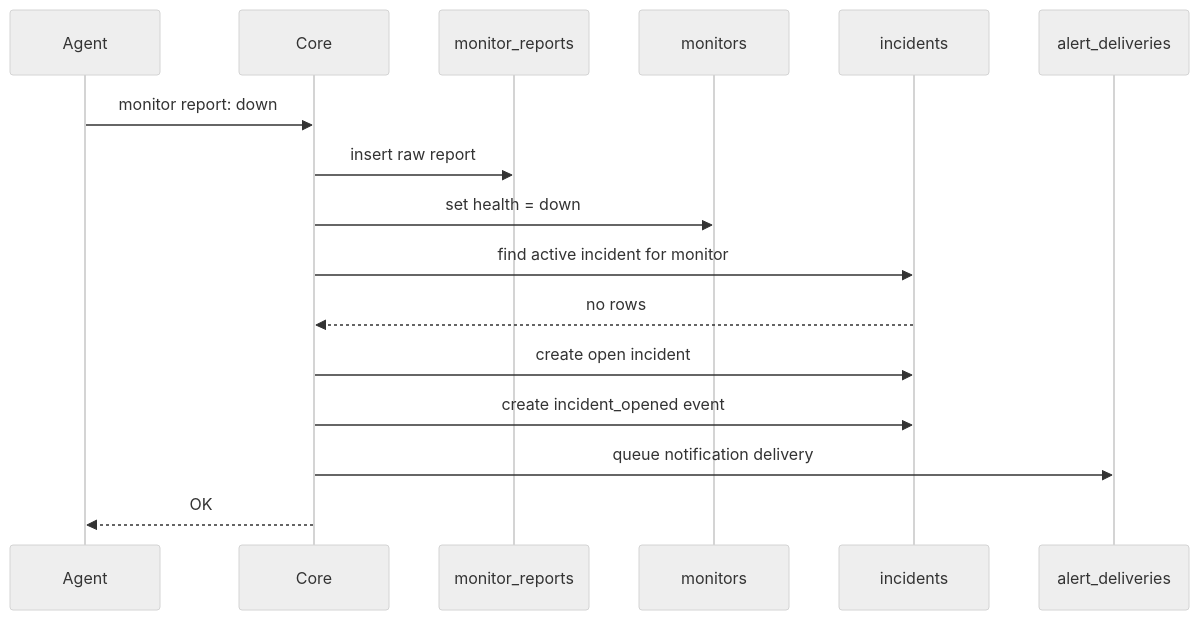
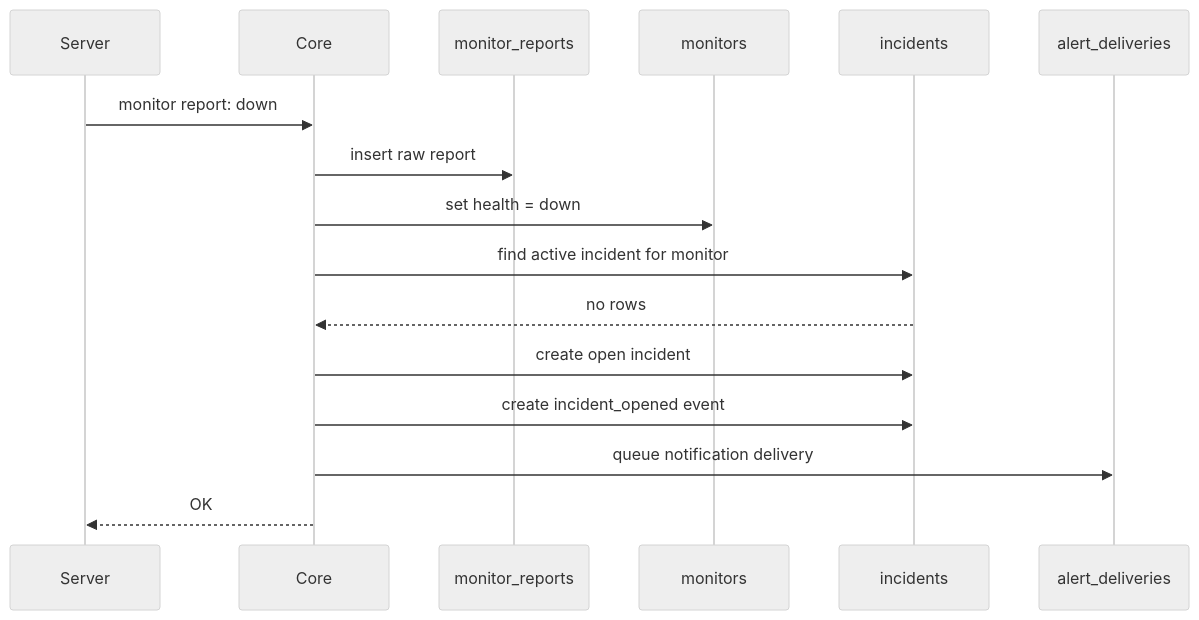
One commit to sunday-studio/orion changed the fifth of 9 diagrams in docs/architecture/incident-reconciliation-flow.md. Above: the diagram before and after it, drawn with Mermaid (neutral theme). The commit also changed other lines of this file and 223 other files, not shown here.

````diff
--- a/docs/architecture/incident-reconciliation-flow.md
+++ b/docs/architecture/incident-reconciliation-flow.md
@@ -95,19 +95,19 @@
 ```mermaid
 sequenceDiagram
-  participant Agent
+  participant Server
   participant Core
   participant Reports as monitor_reports
   participant Monitors as monitors
   participant Incidents as incidents
   participant Alerts as alert_deliveries
 
-  Agent->>Core: monitor report: down
+  Server->>Core: monitor report: down
   Core->>Reports: insert raw report
   Core->>Monitors: set health = down
   Core->>Incidents: find active incident for monitor
   Incidents-->>Core: no rows
   Core->>Incidents: create open incident
   Core->>Incidents: create incident_opened event
   Core->>Alerts: queue notification delivery
-  Core-->>Agent: OK
+  Core-->>Server: OK
 ```
````
